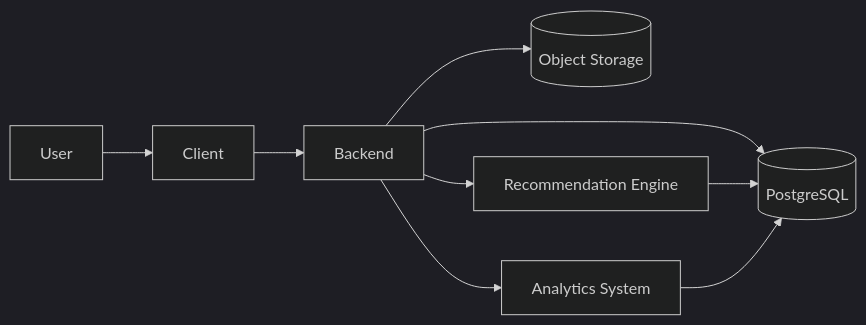
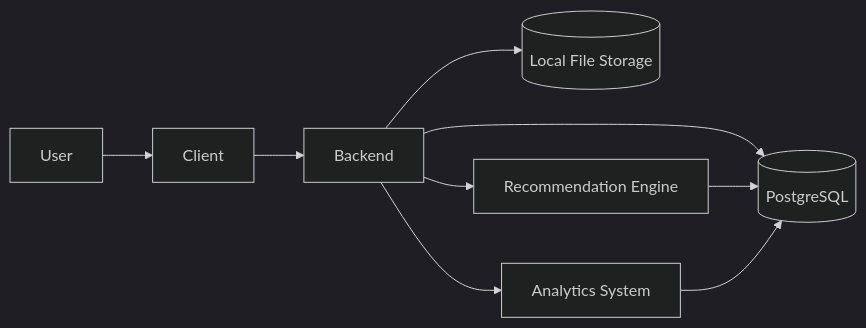
Before and after one commit to ferigeek/sarv: the diagram in README.md, drawn with Mermaid (dark theme). The commit also changed other lines of this file and 1 other file, not shown here.

Commit message:
docs: Update READMEs to reflect local filesystem media storage
Replace the external object storage references in the English and Persian
READMEs (both the description and the mermaid diagram) with the current
implementation, where media files are stored on the backend's local
filesystem and addressed by their SHA-256 hash.

````diff
--- a/README.md
+++ b/README.md
@@ -21,10 +21,10 @@
 ```mermaid
 flowchart LR
 User --> Client --> Backend
 Backend --> DB[(PostgreSQL)]
-Backend --> Storage[(Object Storage)]
+Backend --> Storage[(Local File Storage)]
 Backend --> Rec[Recommendation Engine]
 Backend --> Analytics[Analytics System]
 Rec --> DB
 Analytics --> DB
 ```
````
